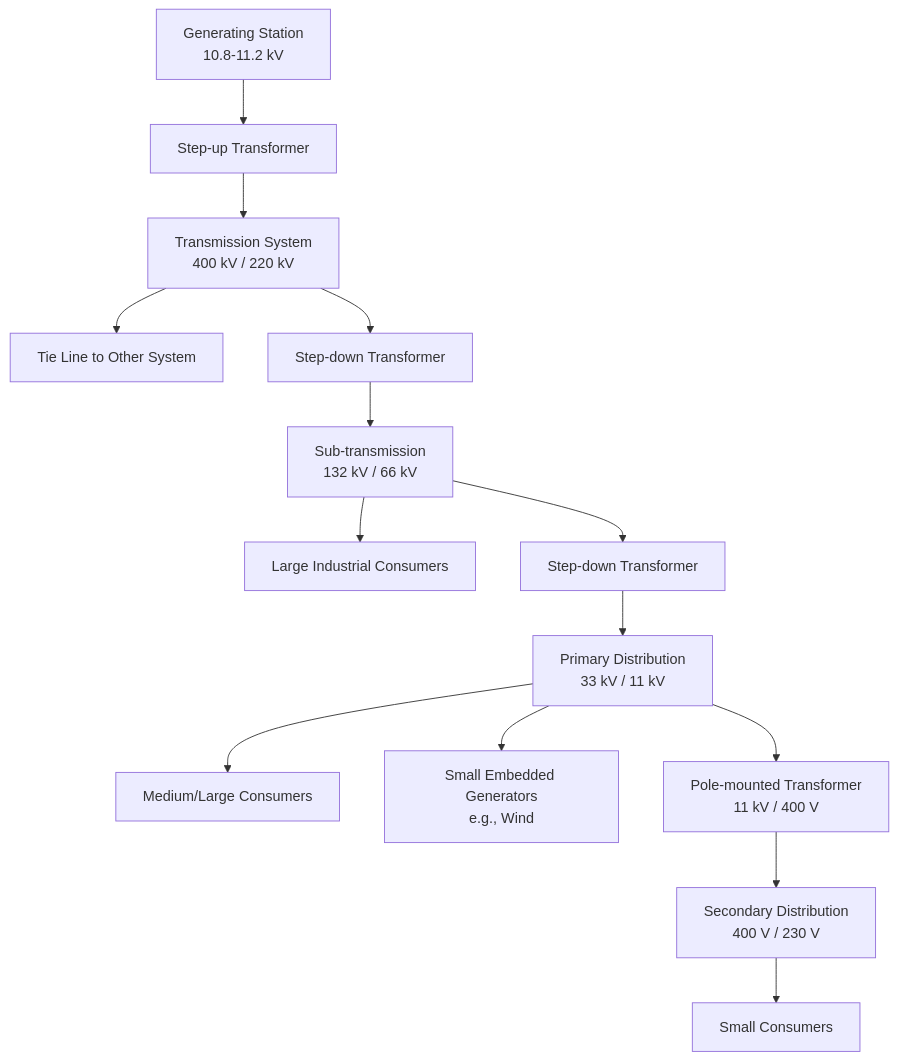
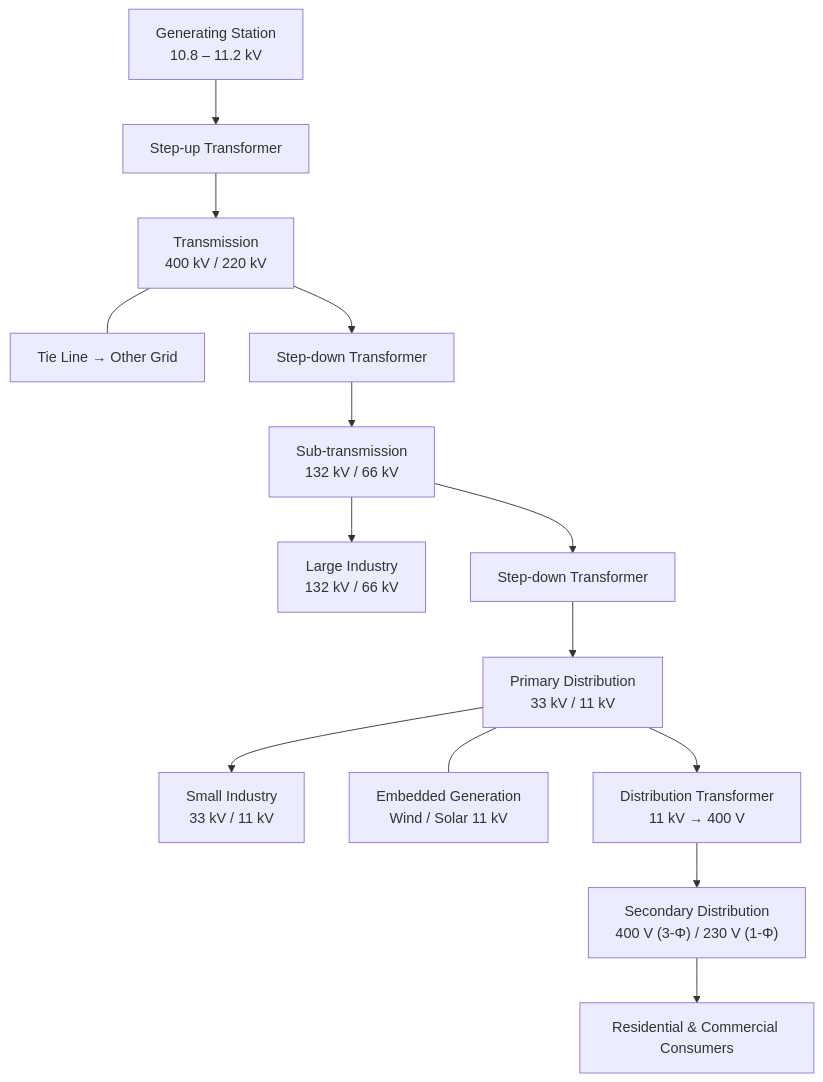
The first of 2 diagrams in docs/sem5/psa/week-1.md (arzvaak/miteee-docusaurus), drawn with Mermaid before and after one commit. The commit also changed other lines of this file and 25 other files, not shown here.

````diff
--- a/docs/sem5/psa/week-1.md
+++ b/docs/sem5/psa/week-1.md
@@ -1252,16 +58,26 @@
 ```mermaid
-graph TD
-    A[Generating Station<br/>10.8-11.2 kV] --> B[Step-up Transformer]
-    B --> C[Transmission System<br/>400 kV / 220 kV]
-    C --> D[Tie Line to Other System]
-    C --> E[Step-down Transformer]
-    E --> F[Sub-transmission<br/>132 kV / 66 kV]
-    F --> G[Large Industrial Consumers]
-    F --> H[Step-down Transformer]
-    H --> I[Primary Distribution<br/>33 kV / 11 kV]
-    I --> J[Medium/Large Consumers]
-    I --> K[Small Embedded Generators<br/>e.g., Wind]
-    I --> L[Pole-mounted Transformer<br/>11 kV / 400 V]
-    L --> M[Secondary Distribution<br/>400 V / 230 V]
-    M --> N[Small Consumers]
+flowchart TD
+    G["Generating Station\n10.8 – 11.2 kV"]
+    T1["Step-up Transformer"]
+    TX["Transmission\n400 kV / 220 kV"]
+    TIE["Tie Line → Other Grid"]
+    T2["Step-down Transformer"]
+    ST["Sub-transmission\n132 kV / 66 kV"]
+    IND["Large Industry\n132 kV / 66 kV"]
+    T3["Step-down Transformer"]
+    PD["Primary Distribution\n33 kV / 11 kV"]
+    SM["Small Industry\n33 kV / 11 kV"]
+    DG["Embedded Generation\nWind / Solar 11 kV"]
+    T4["Distribution Transformer\n11 kV → 400 V"]
+    SD["Secondary Distribution\n400 V (3-Φ) / 230 V (1-Φ)"]
+    C["Residential & Commercial Consumers"]
+
+    G --> T1 --> TX
+    TX --- TIE
+    TX --> T2 --> ST
+    ST --> IND
+    ST --> T3 --> PD
+    PD --> SM
+    PD --- DG
+    PD --> T4 --> SD --> C
 ```
````
